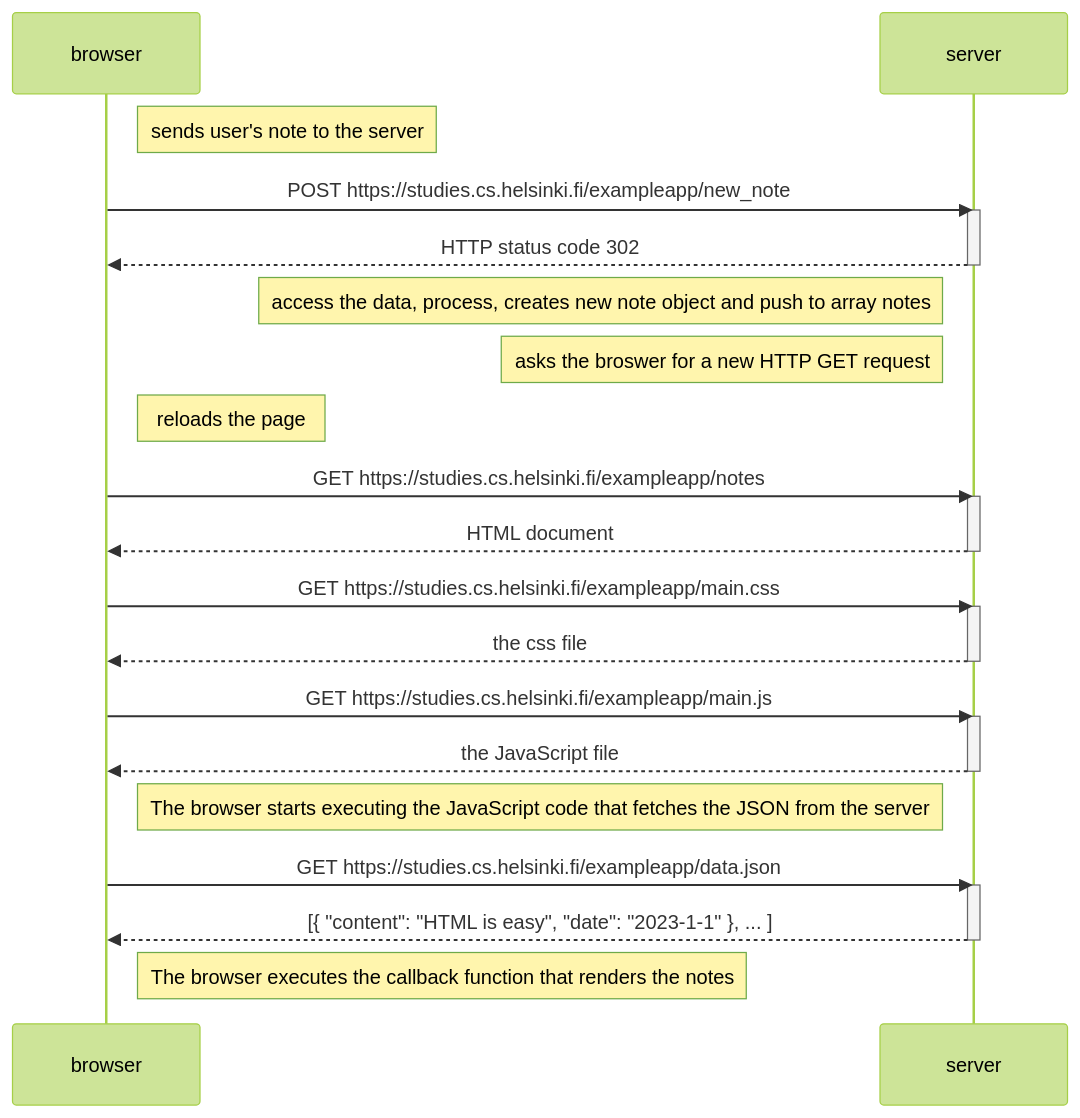
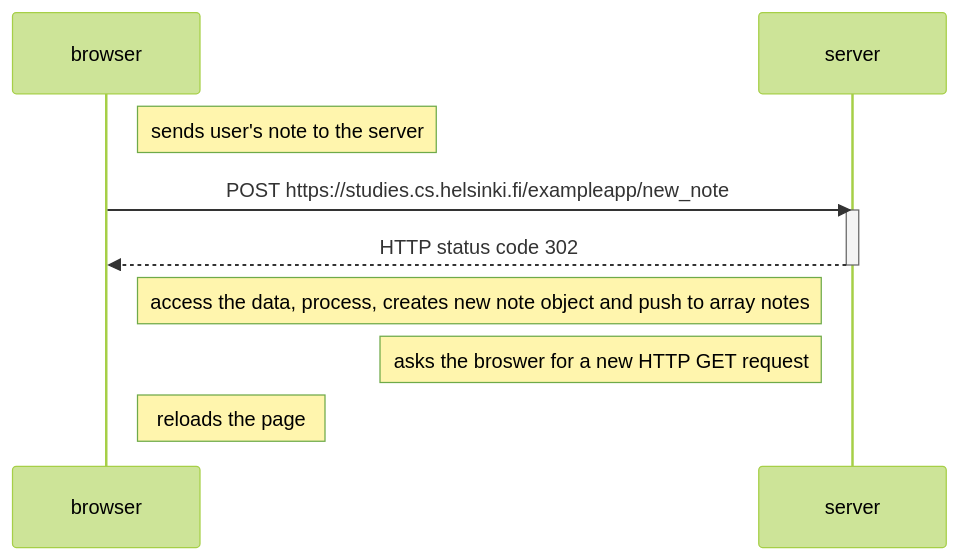
One commit to danilocangucu/full-stack-open changed the diagram in 0b/0.4/newnotediagram.md. Above: the diagram before and after it, drawn with Mermaid (forest theme).

````diff
--- a/0b/0.4/newnotediagram.md
+++ b/0b/0.4/newnotediagram.md
@@ -1,38 +1,14 @@
 ```mermaid
 sequenceDiagram
     participant browser
     participant server
 
     Note right of browser: sends user's note to the server
     browser->>server: POST https://studies.cs.helsinki.fi/exampleapp/new_note
     activate server
     server-->>browser: HTTP status code 302
     deactivate server
     Note left of server: access the data, process, creates new note object and push to array notes
     Note left of server: asks the broswer for a new HTTP GET request
     Note right of browser: reloads the page
-    browser->>server: GET https://studies.cs.helsinki.fi/exampleapp/notes
-    activate server
-    server-->>browser: HTML document
-    deactivate server
-    
-    browser->>server: GET https://studies.cs.helsinki.fi/exampleapp/main.css
-    activate server
-    server-->>browser: the css file
-    deactivate server
-    
-    browser->>server: GET https://studies.cs.helsinki.fi/exampleapp/main.js
-    activate server
-    server-->>browser: the JavaScript file
-    deactivate server
-    
-    Note right of browser: The browser starts executing the JavaScript code that fetches the JSON from the server
-    
-    browser->>server: GET https://studies.cs.helsinki.fi/exampleapp/data.json
-    activate server
-    server-->>browser: [{ "content": "HTML is easy", "date": "2023-1-1" }, ... ]
-    deactivate server
-
-    Note right of browser: The browser executes the callback function that renders the notes
-
 ```
````
